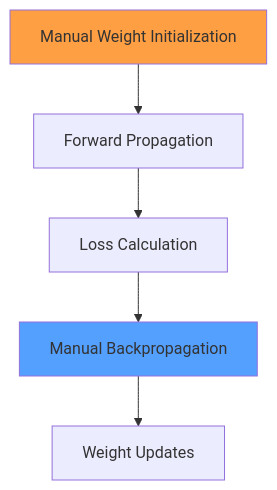
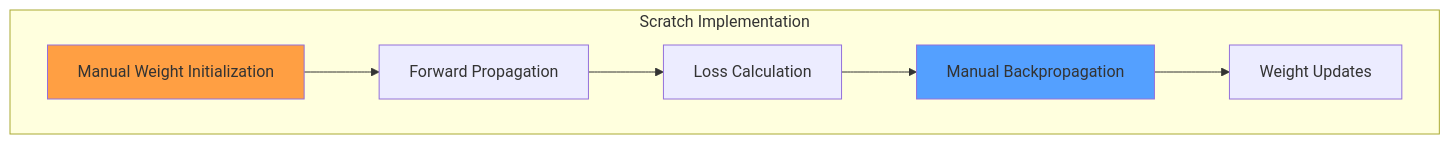
Diagram 22 of 39 in mlp.md (mabreyes/dlsu-lecture-slides), drawn with Mermaid before and after one commit. The commit also changed other lines of this file and 1 other file, not shown here.

````diff
--- a/mlp.md
+++ b/mlp.md
@@ -420,10 +667,12 @@
 ```mermaid
 %%{init: {"theme": "default"}}%%
 flowchart TD
-    A["Manual Weight Initialization"] --> B["Forward Propagation"]
-    B --> C["Loss Calculation"]
-    C --> D["Manual Backpropagation"]
-    D --> E["Weight Updates"]
+    subgraph "Scratch Implementation"
+        A["Manual Weight Initialization"] --> B["Forward Propagation"]
+        B --> C["Loss Calculation"]
+        C --> D["Manual Backpropagation"]
+        D --> E["Weight Updates"]
+    end
     style A fill:#ff9f43
     style D fill:#54a0ff
 ```
````
